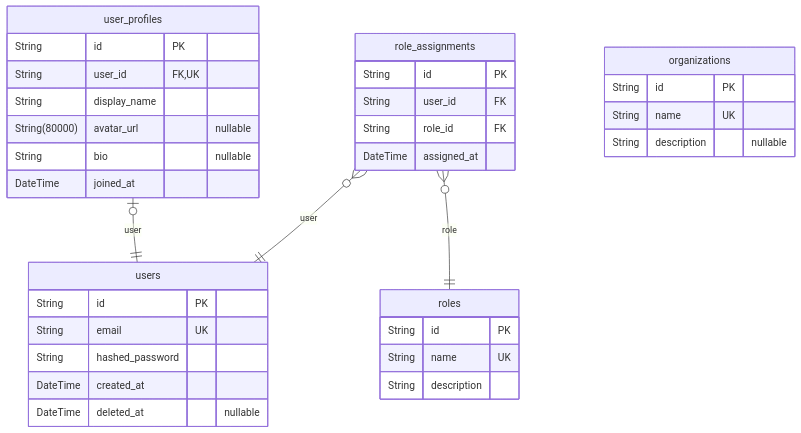
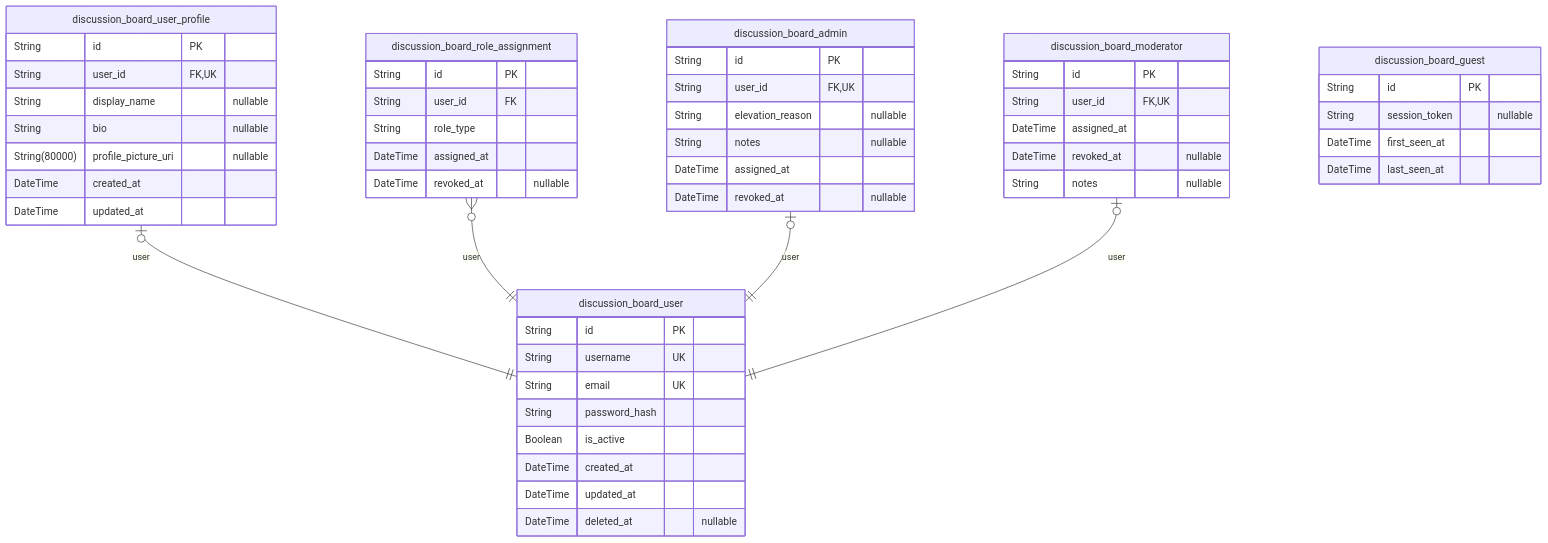
The first of 6 diagrams in docs/ERD.md (wrtnlabs/autobe-example-bbs-openai-gpt-4.1), drawn with Mermaid before and after one commit. The commit also changed other lines of this file and 533 other files, not shown here.

````diff
--- a/docs/ERD.md
+++ b/docs/ERD.md
@@ -15,37 +14,54 @@
 ```mermaid
 erDiagram
-"users" {
+"discussion_board_user" {
   String id PK
+  String username UK
   String email UK
-  String hashed_password
+  String password_hash
+  Boolean is_active
   DateTime created_at
+  DateTime updated_at
   DateTime deleted_at "nullable"
 }
-"user_profiles" {
+"discussion_board_user_profile" {
   String id PK
   String user_id FK,UK
-  String display_name
-  String(80000) avatar_url "nullable"
+  String display_name "nullable"
   String bio "nullable"
-  DateTime joined_at
+  String(80000) profile_picture_uri "nullable"
+  DateTime created_at
+  DateTime updated_at
 }
-"roles" {
-  String id PK
-  String name UK
-  String description
-}
-"role_assignments" {
+"discussion_board_role_assignment" {
   String id PK
   String user_id FK
-  String role_id FK
+  String role_type
   DateTime assigned_at
+  DateTime revoked_at "nullable"
 }
-"organizations" {
+"discussion_board_admin" {
   String id PK
-  String name UK
-  String description "nullable"
+  String user_id FK,UK
+  String elevation_reason "nullable"
+  String notes "nullable"
+  DateTime assigned_at
+  DateTime revoked_at "nullable"
 }
-"user_profiles" |o--|| "users" : user
-"role_assignments" }o--|| "users" : user
-"role_assignments" }o--|| "roles" : role
+"discussion_board_moderator" {
+  String id PK
+  String user_id FK,UK
+  DateTime assigned_at
+  DateTime revoked_at "nullable"
+  String notes "nullable"
+}
+"discussion_board_guest" {
+  String id PK
+  String session_token "nullable"
+  DateTime first_seen_at
+  DateTime last_seen_at
+}
+"discussion_board_user_profile" |o--|| "discussion_board_user" : user
+"discussion_board_role_assignment" }o--|| "discussion_board_user" : user
+"discussion_board_admin" |o--|| "discussion_board_user" : user
+"discussion_board_moderator" |o--|| "discussion_board_user" : user
 ```
````
